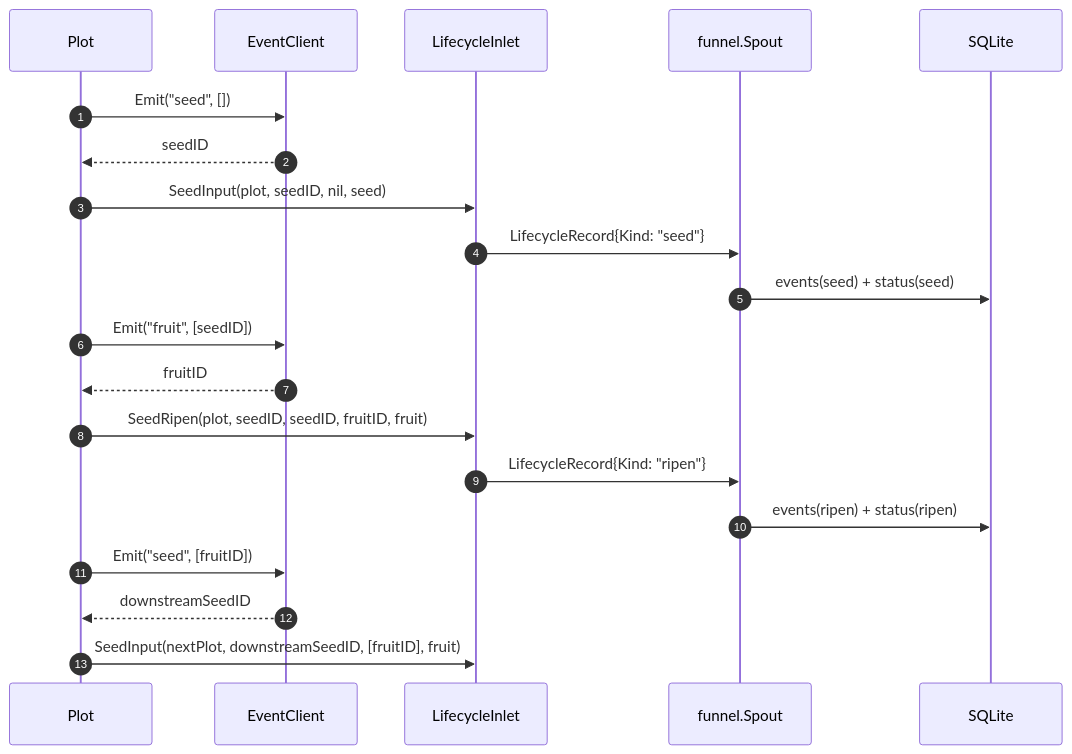
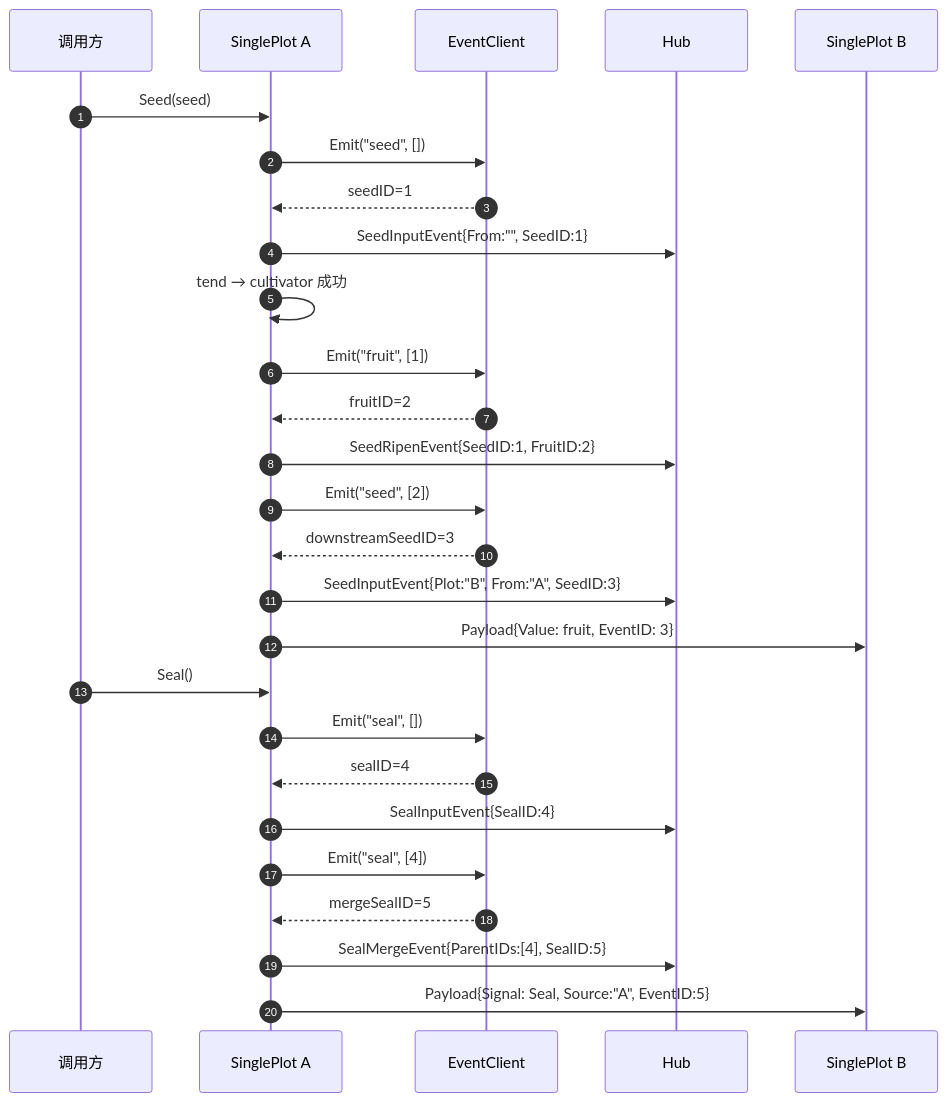
The third of 4 diagrams in docs/zh-CN/pkg/runtime/event.md (Mr-xiaotian/CelestialGrow), drawn with Mermaid before and after one commit. The commit also changed other lines of this file and 50 other files, not shown here.

````diff
--- a/docs/zh-CN/pkg/runtime/event.md
+++ b/docs/zh-CN/pkg/runtime/event.md
@@ -117,25 +132,30 @@
 ```mermaid
 sequenceDiagram
     autonumber
-    participant Plot as Plot
+    participant Caller as 调用方
+    participant A as SinglePlot A
     participant EC as EventClient
-    participant LI as LifecycleInlet
-    participant Spout as funnel.Spout
-    participant DB as SQLite
+    participant Hub as Hub
+    participant B as SinglePlot B
 
-    Plot->>EC: Emit("seed", [])
-    EC-->>Plot: seedID
-    Plot->>LI: SeedInput(plot, seedID, nil, seed)
-    LI->>Spout: LifecycleRecord{Kind: "seed"}
-    Spout->>DB: events(seed) + status(seed)
-
-    Plot->>EC: Emit("fruit", [seedID])
-    EC-->>Plot: fruitID
-    Plot->>LI: SeedRipen(plot, seedID, seedID, fruitID, fruit)
-    LI->>Spout: LifecycleRecord{Kind: "ripen"}
-    Spout->>DB: events(ripen) + status(ripen)
-
-    Plot->>EC: Emit("seed", [fruitID])
-    EC-->>Plot: downstreamSeedID
-    Plot->>LI: SeedInput(nextPlot, downstreamSeedID, [fruitID], fruit)
+    Caller->>A: Seed(seed)
+    A->>EC: Emit("seed", [])
+    EC-->>A: seedID=1
+    A->>Hub: SeedInputEvent{From:"", SeedID:1}
+    A->>A: tend → cultivator 成功
+    A->>EC: Emit("fruit", [1])
+    EC-->>A: fruitID=2
+    A->>Hub: SeedRipenEvent{SeedID:1, FruitID:2}
+    A->>EC: Emit("seed", [2])
+    EC-->>A: downstreamSeedID=3
+    A->>Hub: SeedInputEvent{Plot:"B", From:"A", SeedID:3}
+    A->>B: Payload{Value: fruit, EventID: 3}
+    Caller->>A: Seal()
+    A->>EC: Emit("seal", [])
+    EC-->>A: sealID=4
+    A->>Hub: SealInputEvent{SealID:4}
+    A->>EC: Emit("seal", [4])
+    EC-->>A: mergeSealID=5
+    A->>Hub: SealMergeEvent{ParentIDs:[4], SealID:5}
+    A->>B: Payload{Signal: Seal, Source:"A", EventID:5}
 ```
````
